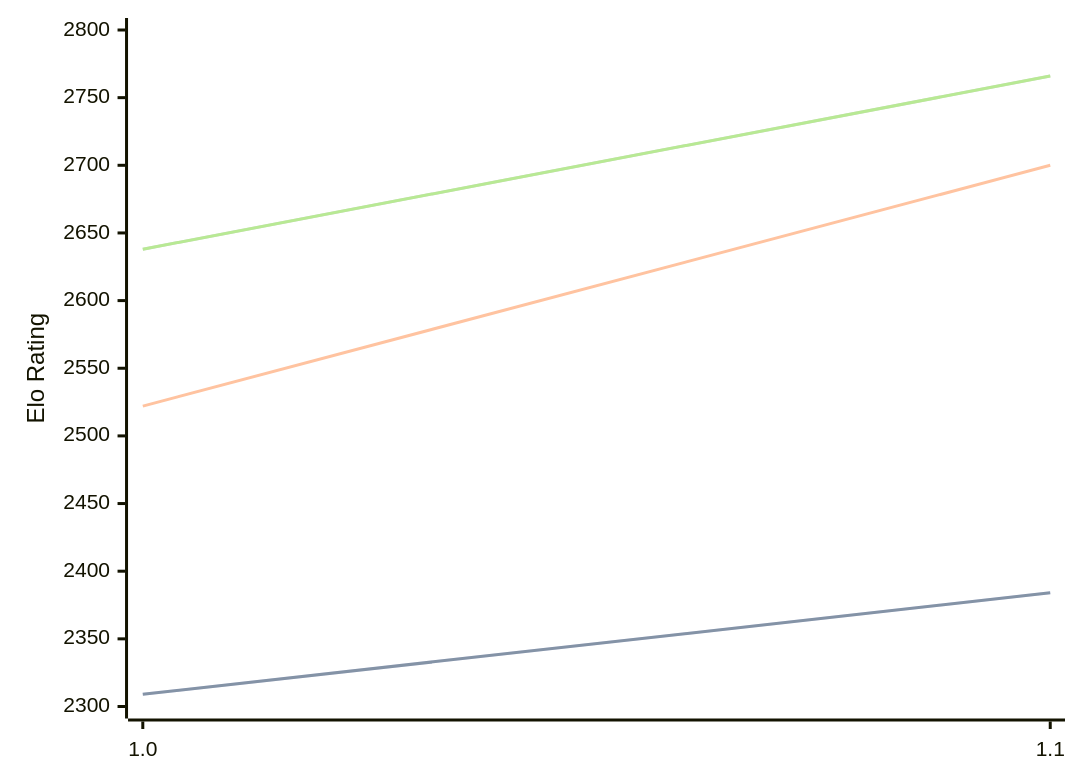
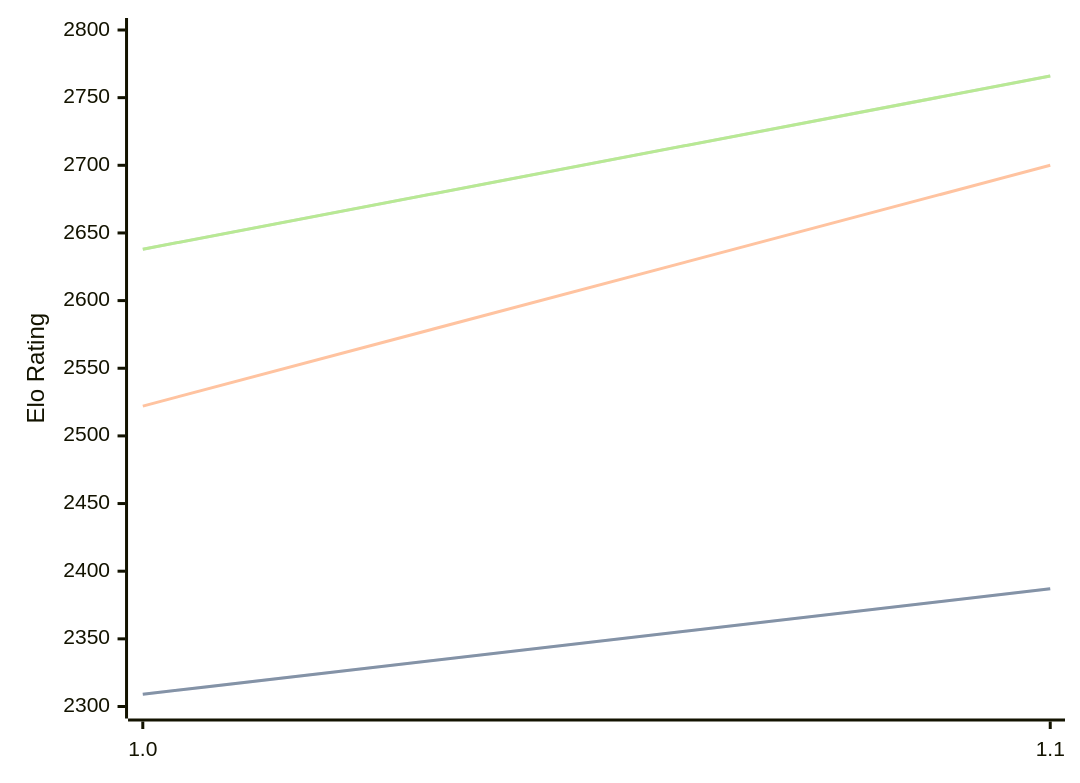
One commit to computer-chess-index/cci changed the first of 3 diagrams in engines/FoxChess.md. Above: the diagram before and after it, drawn with Mermaid. The commit also changed other lines of this file, not shown here.

````diff
--- a/engines/FoxChess.md
+++ b/engines/FoxChess.md
@@ -32,11 +32,11 @@
 ```mermaid
 %%{init: {"theme":"base","themeVariables":{"seriesColors:['#a3a3a3','#222221','#faa371']}}}%%
 xychart-beta
   x-axis ["1.0", "1.1"]
   y-axis "Elo Rating" 2300 --> 2800
-  line "STC (8.0+0.08s)" [2309, 2384]
-  line "STC (8.0+0.08s)" [2309, 2384]
+  line "STC (8.0+0.08s)" [2309, 2387]
+  line "STC (8.0+0.08s)" [2309, 2387]
   line "LTC (60.0+0.60s)" [2522, 2700]
   line "VLTC (2m24s+1.12s)" [2638, 2766]
   line "VLTC (2m24s+1.12s)" [2638, 2766]
 ```
````
